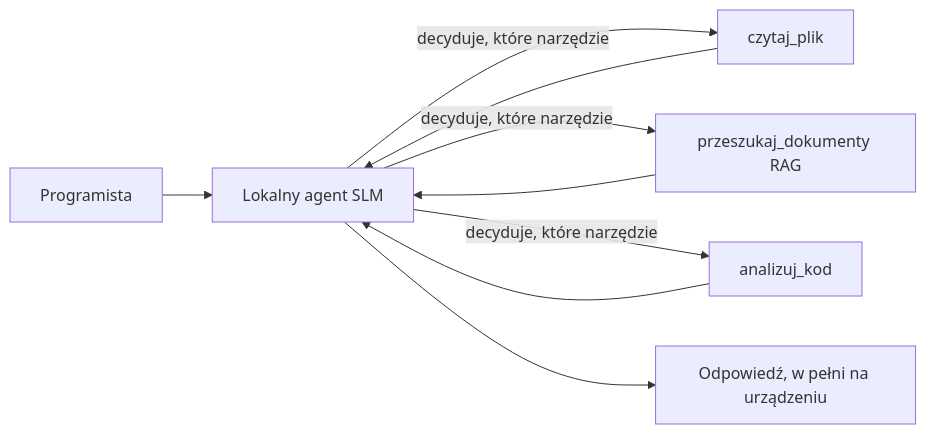
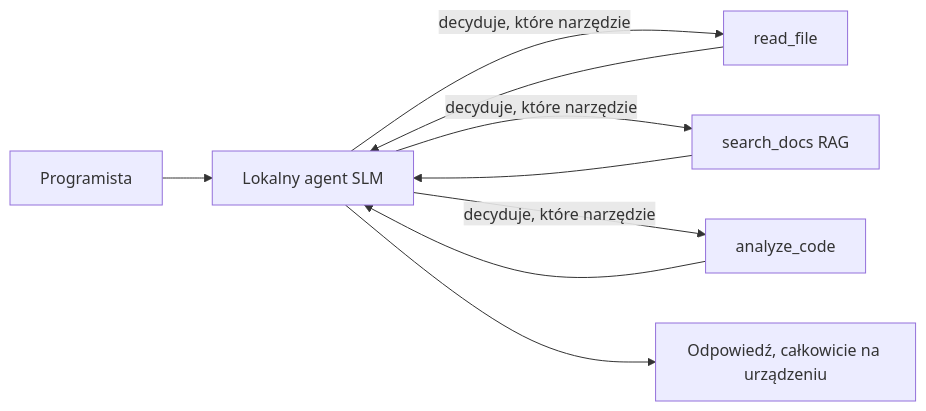
Before and after one commit to microsoft/ai-agents-for-beginners: the first of 4 diagrams in translations/pl/17-creating-local-ai-agents/README.md, drawn with Mermaid. The commit also changed other lines of this file and 47 other files, not shown here.

````diff
--- a/translations/pl/17-creating-local-ai-agents/README.md
+++ b/translations/pl/17-creating-local-ai-agents/README.md
@@ -66,11 +66,11 @@
 ```mermaid
 flowchart LR
     U[Programista] --> A[Lokalny agent SLM]
-    A -->|decyduje, które narzędzie| T1[czytaj_plik]
-    A -->|decyduje, które narzędzie| T2[przeszukaj_dokumenty RAG]
-    A -->|decyduje, które narzędzie| T3[analizuj_kod]
+    A -->|decyduje, które narzędzie| T1[read_file]
+    A -->|decyduje, które narzędzie| T2[search_docs RAG]
+    A -->|decyduje, które narzędzie| T3[analyze_code]
     T1 --> A
     T2 --> A
     T3 --> A
-    A --> R[Odpowiedź, w pełni na urządzeniu]
+    A --> R[Odpowiedź, całkowicie na urządzeniu]
 ```
````
